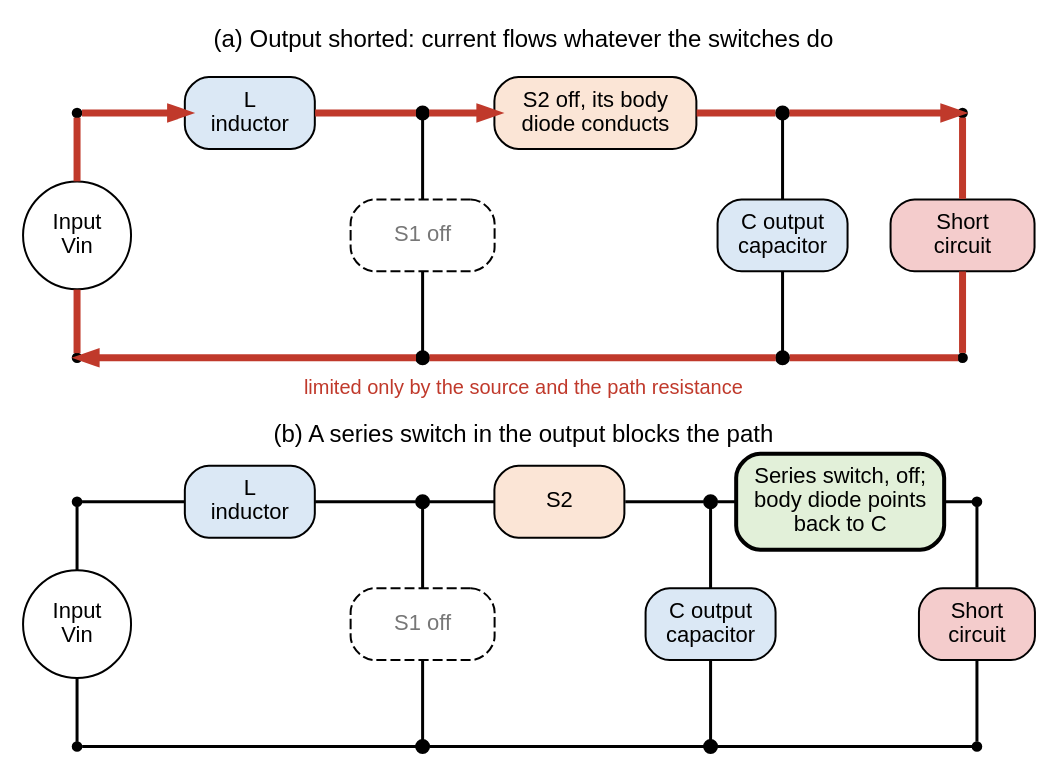
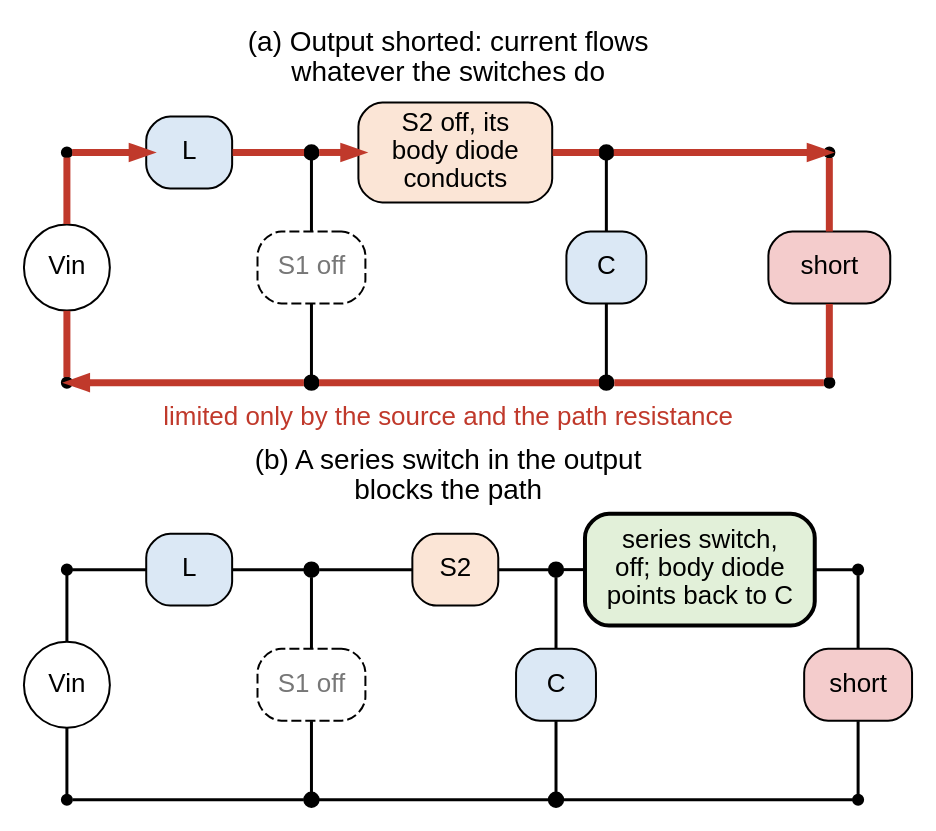
The diagram in docs/power/converters/boost-short.dot (mithro/evampire), drawn with Graphviz before and after one commit.

Commit message:
Enlarge the text of the boost short-circuit figure
At 400 px its text shrank to about 6 px. The schematic is redrawn
narrower with shorter labels and 13 pt text.

```diff
--- a/docs/power/converters/boost-short.dot
+++ b/docs/power/converters/boost-short.dot
@@ -1,85 +1,81 @@
 // Boost converter with its output short-circuited: (a) the fault current
 // path through the inductor and S2, which no switch of the power stage can
 // break; (b) a series switch in the output that blocks it.
 //
-// Fixed grid (positions in inches): panel (a) has its top row at y=4.6 and
-// ground at y=2.9; panel (b) has its top row at y=1.9 and ground at y=0.2.
-// The fault current path is drawn thick and red.
+// Fixed grid (positions in inches), drawn narrow so that the text stays
+// readable on a phone: panel (a) has its top row at y=4.7 and ground at
+// y=3.1; panel (b) has its top row at y=1.8 and ground at y=0.2. The fault
+// current path is drawn thick and red.
 //
 // SPDX-License-Identifier: Apache-2.0
 
 digraph boost_short {
     graph [layout=neato, splines=false, overlap=true, fontname="Helvetica",
-           size="7.4,6"];
+           size="7.4,7"];
     node  [shape=box, style="rounded,filled", fillcolor="#f2f2f2",
-           fontname="Helvetica", fontsize=11, width=1.0, height=0.5,
+           fontname="Helvetica", fontsize=13, width=0.7, height=0.5,
            fixedsize=true];
     edge  [penwidth=1.5, arrowhead=none];
 
-    // Panel titles.
-    t_a [pos="3.6,5.1!", shape=plaintext, style="", width=6.0, height=0.25,
-         fontsize=12, label="(a) Output shorted: current flows whatever the switches do"];
-    t_b [pos="3.6,2.36!", shape=plaintext, style="", width=6.0, height=0.25,
-         fontsize=12, label="(b) A series switch in the output blocks the path"];
+    // Panel titles and notes.
+    t_a [pos="3.0,5.35!", shape=plaintext, style="", width=5.6, height=0.5,
+         fontsize=14, label="(a) Output shorted: current flows\nwhatever the switches do"];
+    t_b [pos="3.0,2.45!", shape=plaintext, style="", width=5.6, height=0.5,
+         fontsize=14, label="(b) A series switch in the output\nblocks the path"];
+    a_note [pos="3.0,2.85!", shape=plaintext, style="", width=5.6, height=0.2,
+            fontsize=13, fontcolor="#c0392b",
+            label="limited only by the source and the path resistance"];
 
     // Panel (a).
-    a_vin  [pos="0.5,3.75!", shape=circle, width=0.75, label="Input\nVin",
+    a_vin  [pos="0.35,3.9!", shape=circle, width=0.6, label="Vin",
             fillcolor="#ffffff"];
-    a_l    [pos="1.7,4.6!", width=0.9, label="L\ninductor", fillcolor="#dbe8f5"];
-    a_s1   [pos="2.9,3.75!", width=1.0, label="S1 off", fillcolor="#ffffff",
+    a_l    [pos="1.2,4.7!", width=0.6, label="L", fillcolor="#dbe8f5"];
+    a_s1   [pos="2.05,3.9!", width=0.75, label="S1 off", fillcolor="#ffffff",
             style="rounded,filled,dashed", fontcolor="#777777"];
-    a_s2   [pos="4.1,4.6!", width=1.4, label="S2 off, its body\ndiode conducts",
-            fillcolor="#fbe5d6"];
-    a_c    [pos="5.4,3.75!", width=0.9, label="C output\ncapacitor",
-            fillcolor="#dbe8f5"];
-    a_sh   [pos="6.65,3.75!", width=1.0, label="Short\ncircuit",
-            fillcolor="#f4cccc"];
-    a_note [pos="3.6,2.68!", shape=plaintext, style="", width=4.0, height=0.2,
-            fontsize=10, fontcolor="#c0392b",
-            label="limited only by the source and the path resistance"];
+    a_s2   [pos="3.05,4.7!", width=1.35, height=0.7,
+            label="S2 off, its\nbody diode\nconducts", fillcolor="#fbe5d6"];
+    a_c    [pos="4.1,3.9!", width=0.55, label="C", fillcolor="#dbe8f5"];
+    a_sh   [pos="5.65,3.9!", width=0.85, label="short", fillcolor="#f4cccc"];
 
     // Panel (b).
-    b_vin  [pos="0.5,1.05!", shape=circle, width=0.75, label="Input\nVin",
+    b_vin  [pos="0.35,1.0!", shape=circle, width=0.6, label="Vin",
             fillcolor="#ffffff"];
-    b_l    [pos="1.7,1.9!", width=0.9, label="L\ninductor", fillcolor="#dbe8f5"];
-    b_s1   [pos="2.9,1.05!", width=1.0, label="S1 off", fillcolor="#ffffff",
+    b_l    [pos="1.2,1.8!", width=0.6, label="L", fillcolor="#dbe8f5"];
+    b_s1   [pos="2.05,1.0!", width=0.75, label="S1 off", fillcolor="#ffffff",
             style="rounded,filled,dashed", fontcolor="#777777"];
-    b_s2   [pos="3.85,1.9!", width=0.9, label="S2",
-            fillcolor="#fbe5d6"];
-    b_c    [pos="4.9,1.05!", width=0.9, label="C output\ncapacitor",
-            fillcolor="#dbe8f5"];
-    b_ser  [pos="5.8,1.9!", width=1.45, height=0.66,
-            label="Series switch, off;\nbody diode points\nback to C",
+    b_s2   [pos="3.05,1.8!", width=0.6, label="S2", fillcolor="#fbe5d6"];
+    b_c    [pos="3.75,1.0!", width=0.55, label="C", fillcolor="#dbe8f5"];
+    b_ser  [pos="4.75,1.8!", width=1.6, height=0.78,
+            label="series switch,\noff; body diode\npoints back to C",
             fillcolor="#e2f0d9", style="rounded,filled,bold"];
-    b_sh   [pos="6.75,1.05!", width=0.8, label="Short\ncircuit",
-            fillcolor="#f4cccc"];
+    b_sh   [pos="5.85,1.0!", width=0.75, label="short", fillcolor="#f4cccc"];
 
     // Junctions and corners.
-    node  [shape=point, width=0.06, height=0.06, label="", style=filled,
+    node  [shape=point, width=0.07, height=0.07, label="", style=filled,
            fillcolor=black];
-    a_in  [pos="0.5,4.6!"];   a_sw [pos="2.9,4.6!", width=0.09, height=0.09];
-    a_out [pos="5.4,4.6!", width=0.09, height=0.09];  a_ot [pos="6.65,4.6!"];
-    a_g0  [pos="0.5,2.9!"];   a_g1 [pos="2.9,2.9!", width=0.09, height=0.09];
-    a_g2  [pos="5.4,2.9!", width=0.09, height=0.09];  a_g3 [pos="6.65,2.9!"];
+    a_in  [pos="0.35,4.7!"];   a_sw [pos="2.05,4.7!", width=0.1, height=0.1];
+    a_out [pos="4.1,4.7!", width=0.1, height=0.1];  a_ot [pos="5.65,4.7!"];
+    a_g0  [pos="0.35,3.1!"];   a_g1 [pos="2.05,3.1!", width=0.1, height=0.1];
+    a_g2  [pos="4.1,3.1!", width=0.1, height=0.1];  a_g3 [pos="5.65,3.1!"];
 
-    b_in  [pos="0.5,1.9!"];   b_sw [pos="2.9,1.9!", width=0.09, height=0.09];
-    b_out [pos="4.9,1.9!", width=0.09, height=0.09];  b_ot [pos="6.75,1.9!"];
-    b_g0  [pos="0.5,0.2!"];   b_g1 [pos="2.9,0.2!", width=0.09, height=0.09];
-    b_g2  [pos="4.9,0.2!", width=0.09, height=0.09];  b_g3 [pos="6.75,0.2!"];
+    b_in  [pos="0.35,1.8!"];   b_sw [pos="2.05,1.8!", width=0.1, height=0.1];
+    b_out [pos="3.75,1.8!", width=0.1, height=0.1];  b_ot [pos="5.85,1.8!"];
+    b_g0  [pos="0.35,0.2!"];   b_g1 [pos="2.05,0.2!", width=0.1, height=0.1];
+    b_g2  [pos="3.75,0.2!", width=0.1, height=0.1];  b_g3 [pos="5.85,0.2!"];
 
     // Panel (a): ordinary wiring, then the fault path on top.
     a_sw -> a_s1;  a_s1 -> a_g1;  a_out -> a_c;  a_c -> a_g2;
     edge [penwidth=3.5, color="#c0392b", arrowhead=normal, arrowsize=0.7];
     a_vin -> a_in [arrowhead=none];  a_in -> a_l;  a_l -> a_sw [arrowhead=none];
     a_sw -> a_s2;  a_s2 -> a_out [arrowhead=none];  a_out -> a_ot;
     a_ot -> a_sh [arrowhead=none];  a_sh -> a_g3 [arrowhead=none];
     a_g3 -> a_g2 [arrowhead=none];  a_g2 -> a_g1 [arrowhead=none];
     a_g1 -> a_g0;  a_g0 -> a_vin [arrowhead=none];
 
     // Panel (b): the path stops at the open series switch.
     edge [penwidth=1.5, color="#000000", arrowhead=none];
     b_sw -> b_s1;  b_s1 -> b_g1;  b_out -> b_c;  b_c -> b_g2;
     b_vin -> b_in;  b_in -> b_l;  b_l -> b_sw;  b_sw -> b_s2;  b_s2 -> b_out;
     b_out -> b_ser;  b_ser -> b_ot;  b_ot -> b_sh;  b_sh -> b_g3;
     b_g3 -> b_g2;  b_g2 -> b_g1;  b_g1 -> b_g0;  b_g0 -> b_vin;
 }
```
